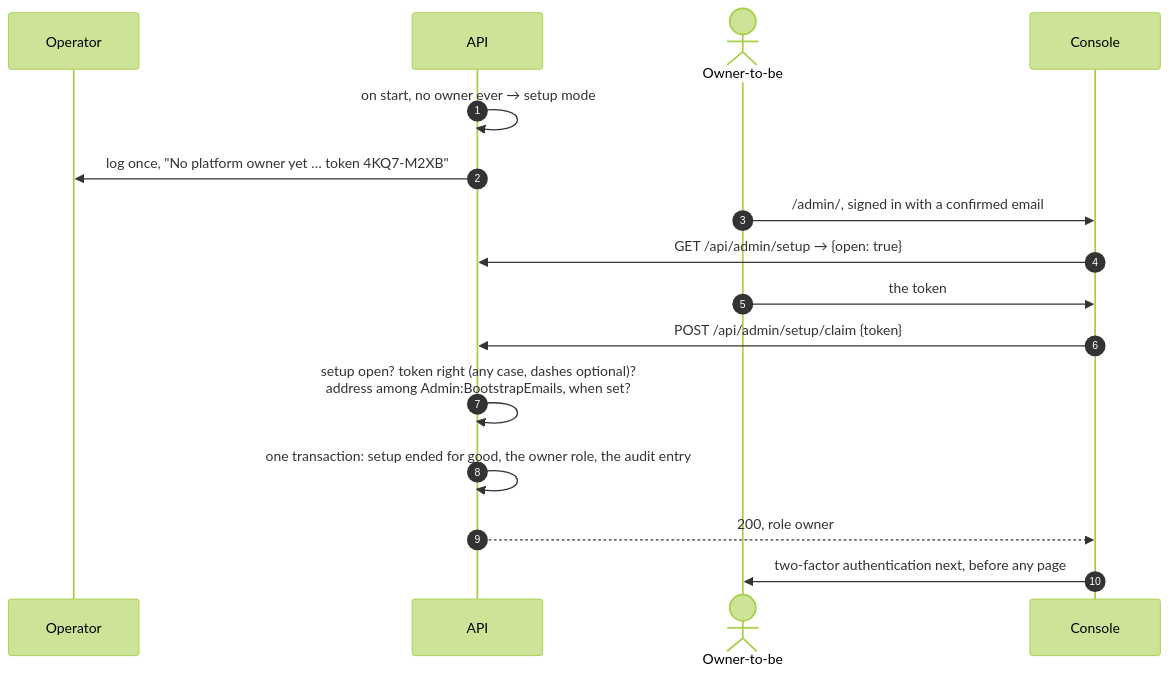
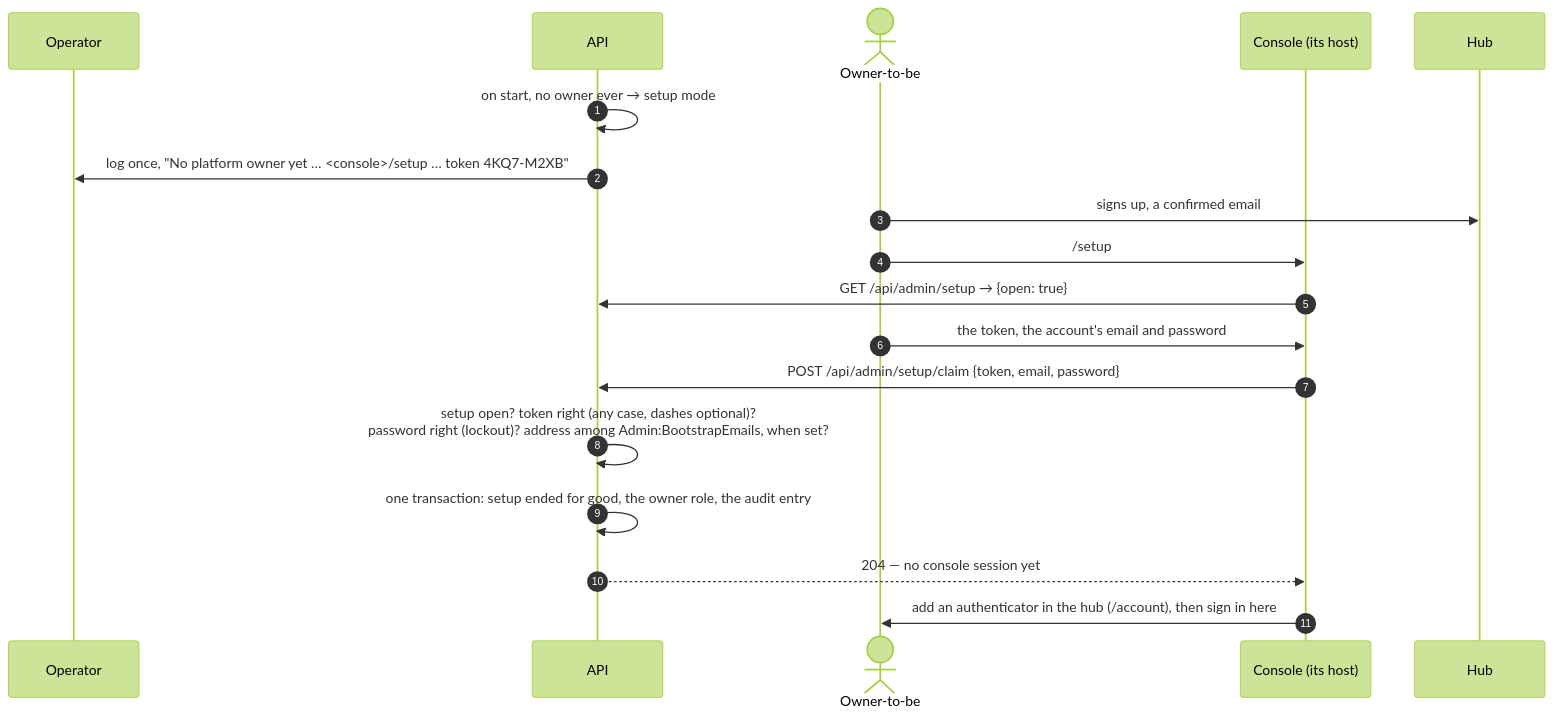
The fourth of 6 diagrams in docs/architecture/admin.md (vinh466/tohe-play), drawn with Mermaid (forest theme) before and after one commit. The commit also changed other lines of this file and 131 other files, not shown here.

Commit message:
feat: the console on a host of its own, with its own sign-in (ADR 0042, fourth step)

````diff
--- a/docs/architecture/admin.md
+++ b/docs/architecture/admin.md
@@ -94,18 +148,20 @@
 ```mermaid
 sequenceDiagram
   autonumber
   participant Op as Operator
   participant A as API
   actor U as Owner-to-be
-  participant C as Console
+  participant C as Console (its host)
+  participant H as Hub
   A->>A: on start, no owner ever → setup mode
-  A->>Op: log once, "No platform owner yet … token 4KQ7-M2XB"
-  U->>C: /admin/, signed in with a confirmed email
+  A->>Op: log once, "No platform owner yet … <console>/setup … token 4KQ7-M2XB"
+  U->>H: signs up, a confirmed email
+  U->>C: /setup
   C->>A: GET /api/admin/setup → {open: true}
-  U->>C: the token
-  C->>A: POST /api/admin/setup/claim {token}
-  A->>A: setup open? token right (any case, dashes optional)?<br/>address among Admin:BootstrapEmails, when set?
+  U->>C: the token, the account's email and password
+  C->>A: POST /api/admin/setup/claim {token, email, password}
+  A->>A: setup open? token right (any case, dashes optional)?<br/>password right (lockout)? address among Admin:BootstrapEmails, when set?
   A->>A: one transaction: setup ended for good, the owner role, the audit entry
-  A-->>C: 200, role owner
-  C->>U: two-factor authentication next, before any page
+  A-->>C: 204 — no console session yet
+  C->>U: add an authenticator in the hub (/account), then sign in here
 ```
````
